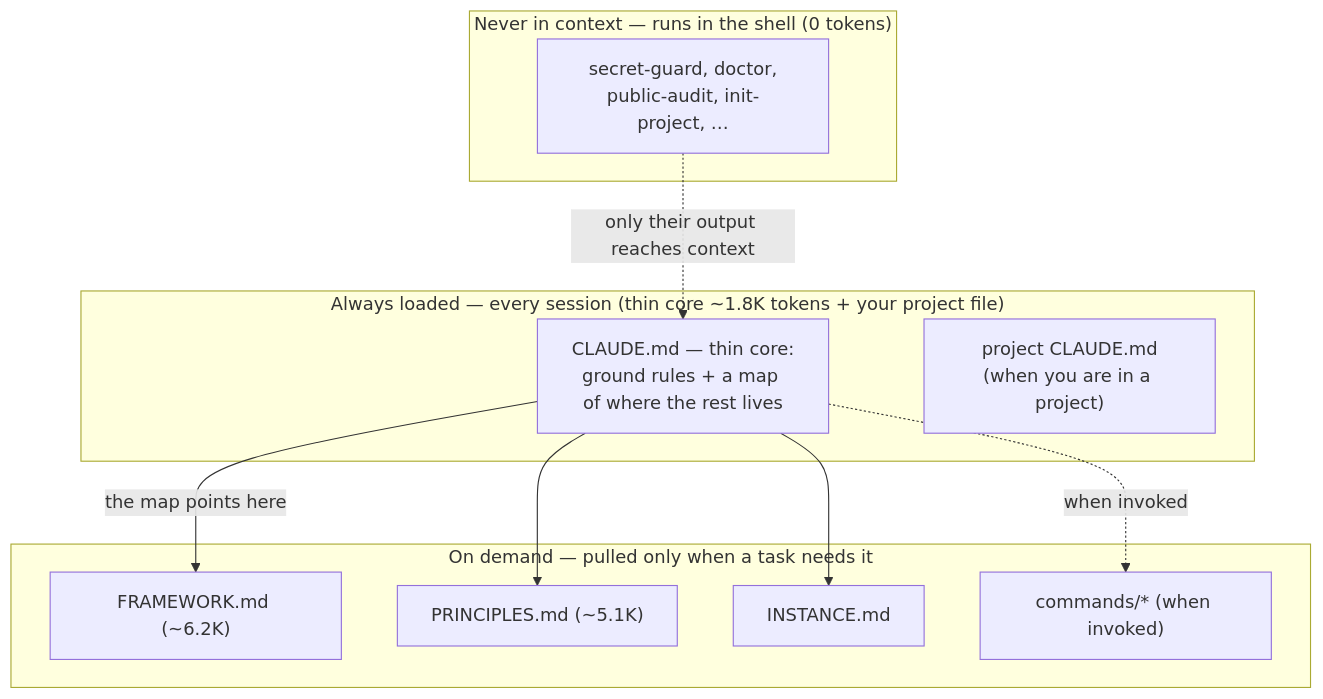
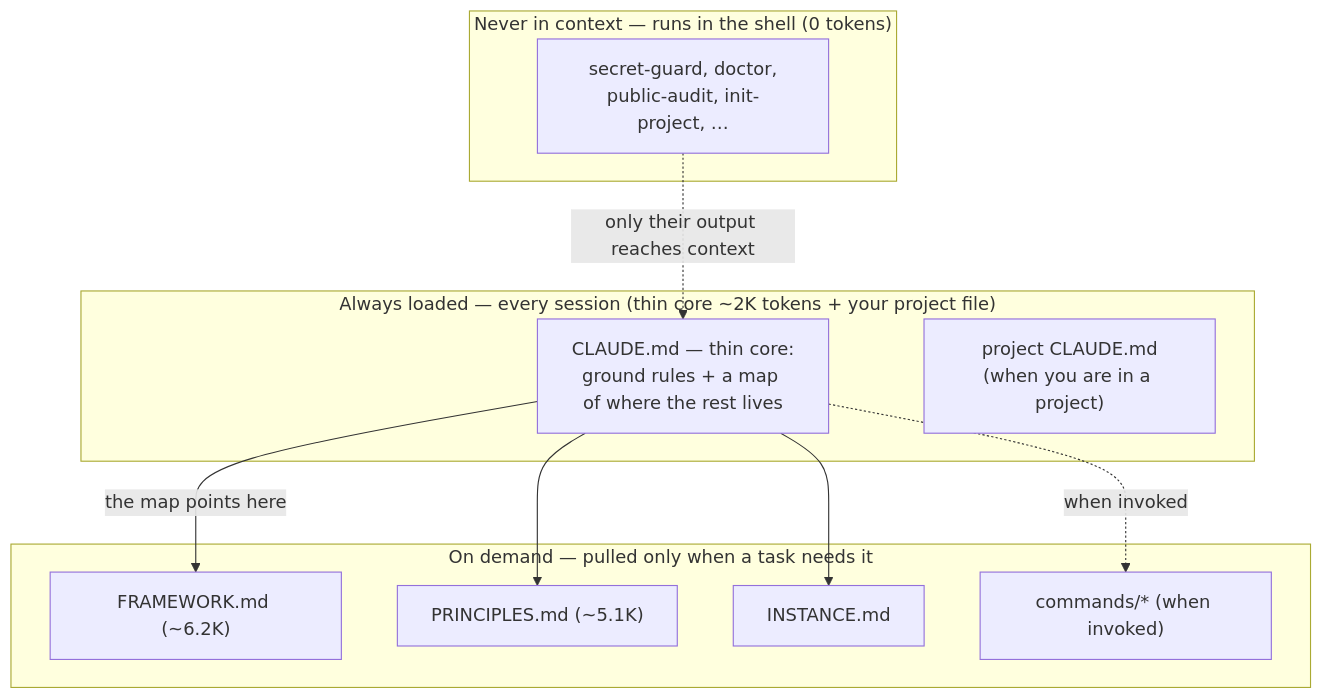
Before and after one commit to rockerlabs/keel: the diagram in README.md, drawn with Mermaid. The commit also changed 11 other files, not shown here.

````diff
--- a/README.md
+++ b/README.md
@@ -117,21 +117,21 @@
 ```mermaid
 flowchart TD
-    subgraph always["Always loaded — every session (thin core ~1.8K tokens + your project file)"]
+    subgraph always["Always loaded — every session (thin core ~2K tokens + your project file)"]
         core["CLAUDE.md — thin core:<br/>ground rules + a map of where the rest lives"]
         proj["project CLAUDE.md<br/>(when you are in a project)"]
     end
     subgraph demand["On demand — pulled only when a task needs it"]
         fw["FRAMEWORK.md (~6.2K)"]
         prin["PRINCIPLES.md (~5.1K)"]
         inst["INSTANCE.md"]
         cmd["commands/* (when invoked)"]
     end
     subgraph never["Never in context — runs in the shell (0 tokens)"]
         tools["secret-guard, doctor,<br/>public-audit, init-project, …"]
     end
     core -->|the map points here| fw
     core --> prin
     core --> inst
     core -.->|when invoked| cmd
     tools -.->|only their output reaches context| core
 ```
````
